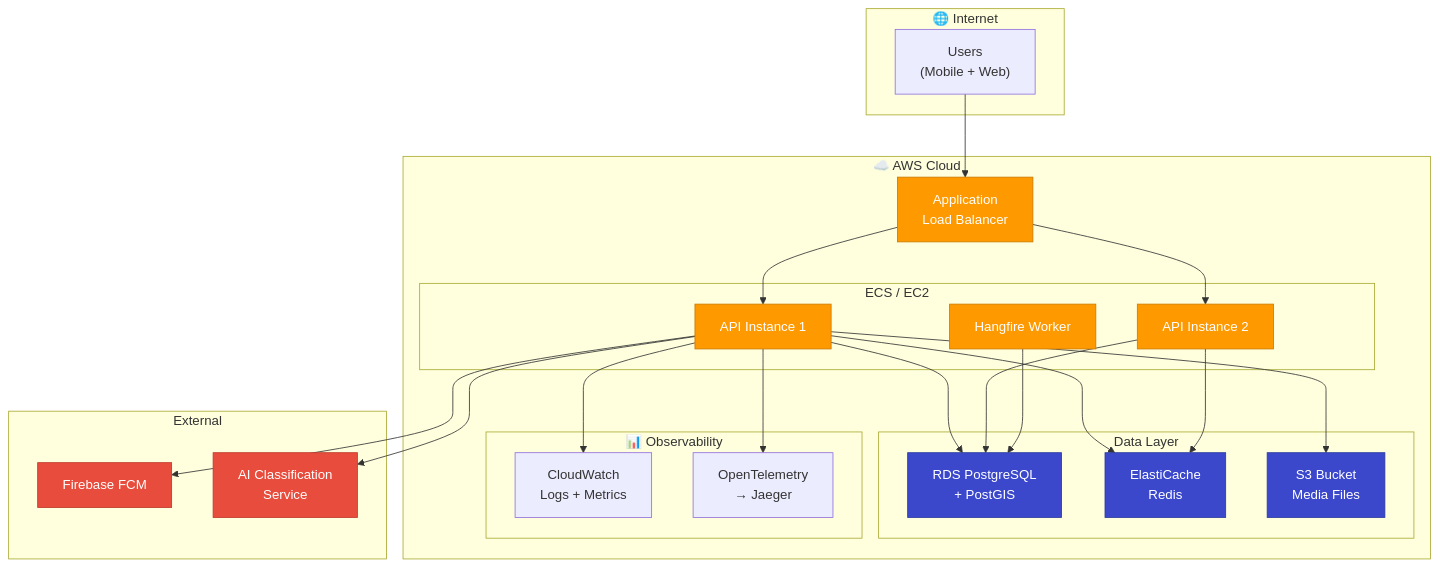
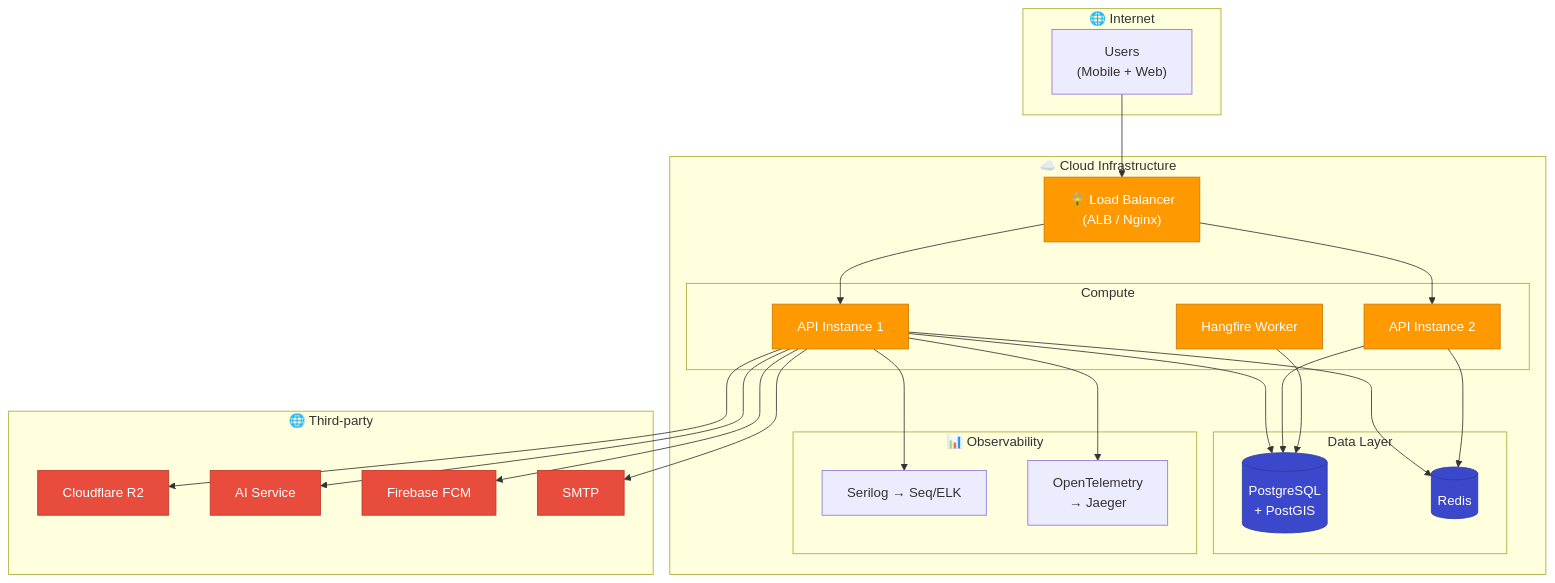
One commit to Capstonne-Project/greenlens-service changed the sixth of 6 diagrams in docs/BusinessRule/architecture-system-diagram.md. Above: the diagram before and after it, drawn with Mermaid. The commit also changed other lines of this file and 55 other files, not shown here.

````diff
--- a/docs/BusinessRule/architecture-system-diagram.md
+++ b/docs/BusinessRule/architecture-system-diagram.md
@@ -387,54 +332,56 @@
 ```mermaid
 graph TB
     subgraph Internet["🌐 Internet"]
         U["Users<br/>(Mobile + Web)"]
     end
 
-    subgraph AWS["☁️ AWS Cloud"]
-        ALB["Application<br/>Load Balancer"]
+    subgraph Cloud["☁️ Cloud Infrastructure"]
+        ALB["🔒 Load Balancer<br/>(ALB / Nginx)"]
 
-        subgraph ECS["ECS / EC2"]
+        subgraph Compute["Compute"]
             A1["API Instance 1"]
             A2["API Instance 2"]
             HF2["Hangfire Worker"]
         end
 
         subgraph Data["Data Layer"]
-            RDS["RDS PostgreSQL<br/>+ PostGIS"]
-            EC["ElastiCache<br/>Redis"]
-            S3B["S3 Bucket<br/>Media Files"]
+            RDS[("PostgreSQL<br/>+ PostGIS")]
+            EC[("Redis")]
         end
 
         subgraph Monitoring["📊 Observability"]
-            CW["CloudWatch<br/>Logs + Metrics"]
+            CW["Serilog → Seq/ELK"]
             OT["OpenTelemetry<br/>→ Jaeger"]
         end
     end
 
-    subgraph External["External"]
-        FCM2["Firebase FCM"]
-        AI4["AI Classification<br/>Service"]
+    subgraph ThirdParty2["🌐 Third-party"]
+        R2T["Cloudflare R2"]
+        AIT["AI Service"]
+        FCMT["Firebase FCM"]
+        SMTPT["SMTP"]
     end
 
     U --> ALB
     ALB --> A1
     ALB --> A2
     A1 --> RDS
     A2 --> RDS
     A1 --> EC
     A2 --> EC
-    A1 --> S3B
     HF2 --> RDS
-    A1 --> FCM2
-    A1 --> AI4
+    A1 --> R2T
+    A1 --> AIT
+    A1 --> FCMT
+    A1 --> SMTPT
     A1 --> CW
     A1 --> OT
 
-    classDef aws fill:#FF9900,stroke:#CC7A00,color:#fff
+    classDef compute fill:#FF9900,stroke:#CC7A00,color:#fff
     classDef data fill:#3B48CC,stroke:#2C3A9E,color:#fff
-    classDef ext fill:#E74C3C,stroke:#C0392B,color:#fff
+    classDef tp fill:#E74C3C,stroke:#C0392B,color:#fff
 
-    class ALB,A1,A2,HF2 aws
-    class RDS,EC,S3B data
-    class FCM2,AI4 ext
+    class ALB,A1,A2,HF2 compute
+    class RDS,EC data
+    class R2T,AIT,FCMT,SMTPT tp
 ```
````
